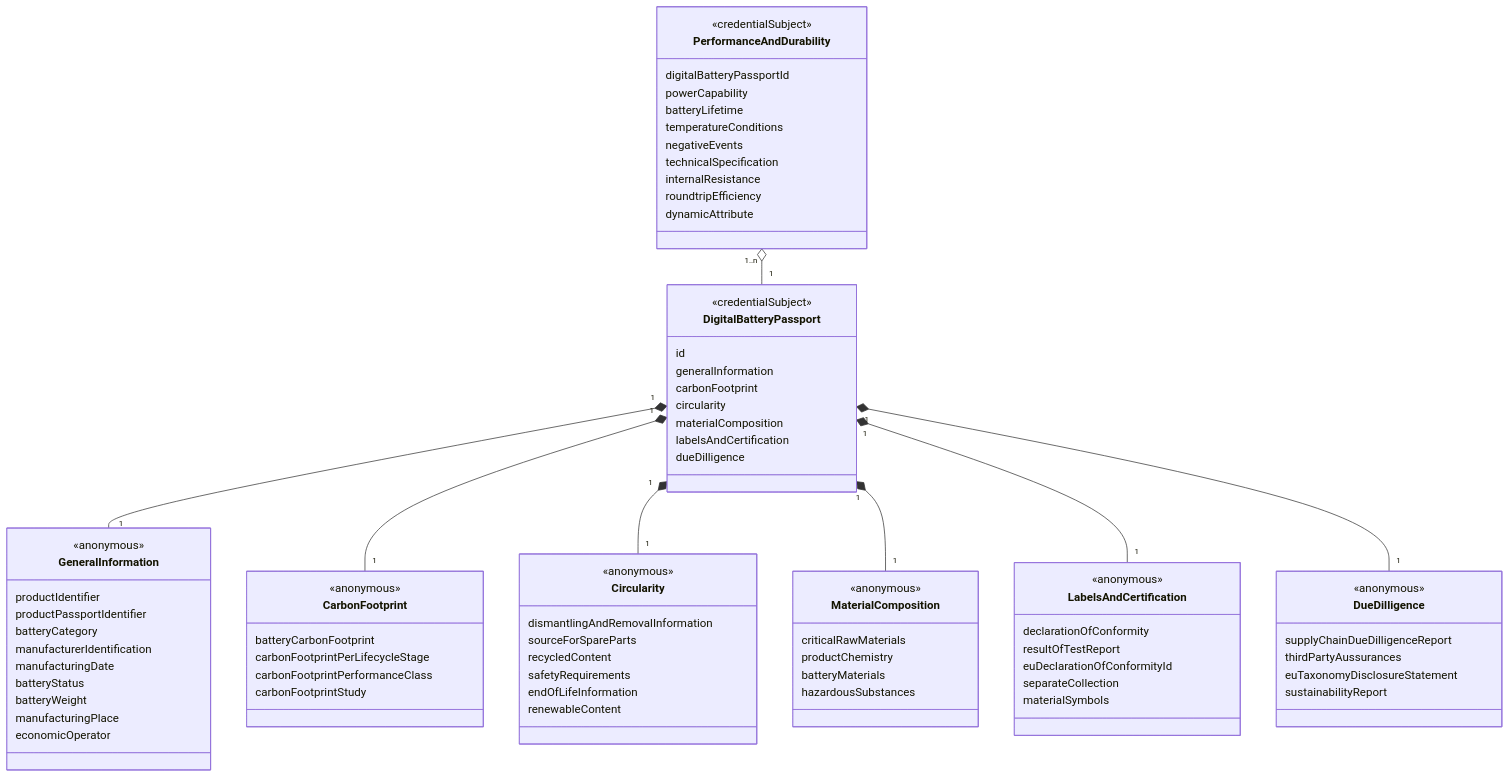
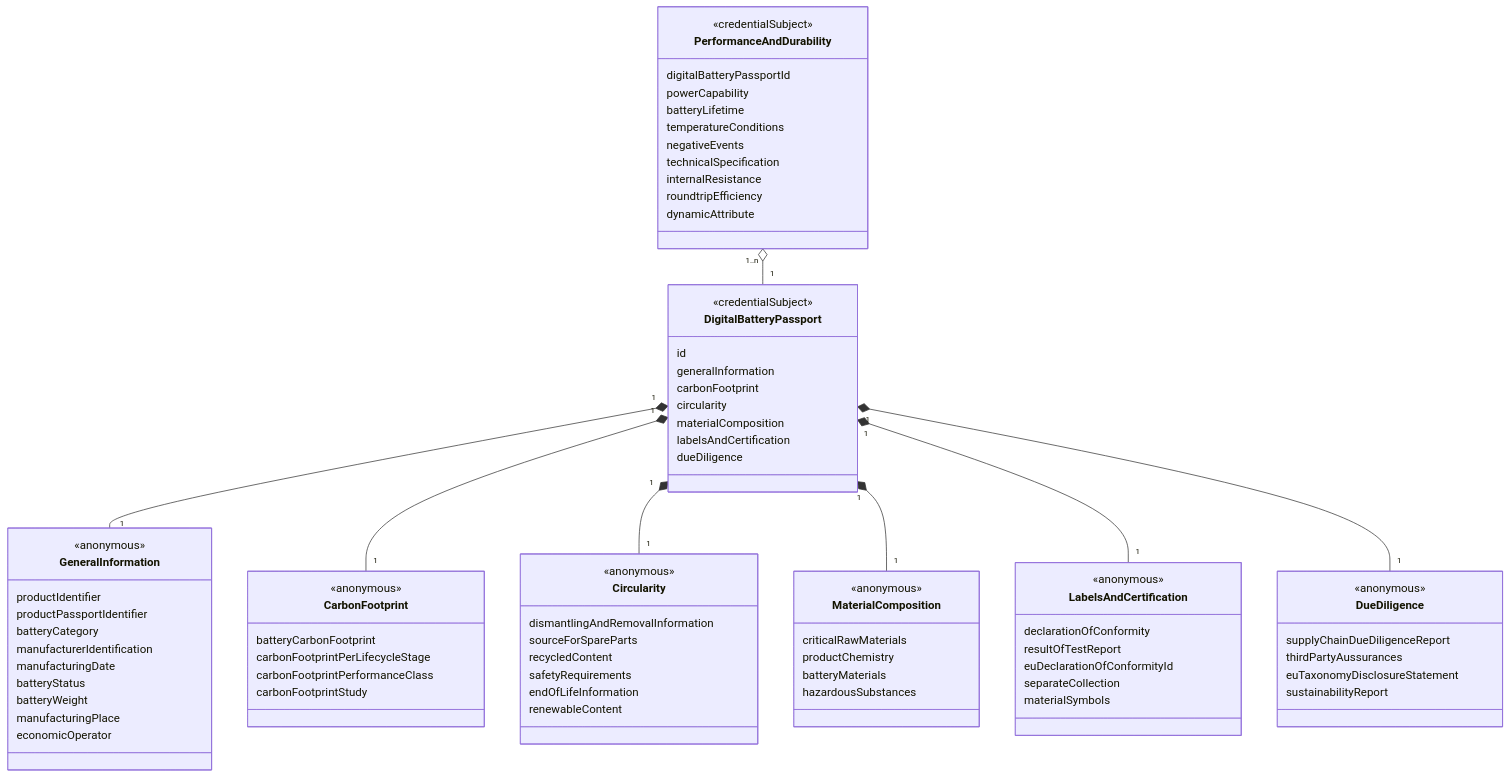
One commit to spherity/dpp-vocabulary changed the first of 8 diagrams in docs/contexts/dbp/vocabulary.md. Above: the diagram before and after it, drawn with Mermaid. The commit also changed other lines of this file and 2 other files, not shown here.

````diff
--- a/docs/contexts/dbp/vocabulary.md
+++ b/docs/contexts/dbp/vocabulary.md
@@ -243,7 +243,7 @@
         circularity
         materialComposition
         labelsAndCertification
-        dueDilligence
+        dueDiligence
     }
     class GeneralInformation{
         <<anonymous>>
@@ -300,9 +300,9 @@
         separateCollection
         materialSymbols
     }
-    class DueDilligence{
+    class DueDiligence{
         <<anonymous>>
-        supplyChainDueDilligenceReport
+        supplyChainDueDiligenceReport
         thirdPartyAussurances
         euTaxonomyDisclosureStatement
         sustainabilityReport
@@ -314,5 +314,5 @@
     DigitalBatteryPassport "1" *-- "1" MaterialComposition
     PerformanceAndDurability "1..n" o-- "1" DigitalBatteryPassport
     DigitalBatteryPassport "1" *-- "1" LabelsAndCertification
-    DigitalBatteryPassport "1" *-- "1" DueDilligence
+    DigitalBatteryPassport "1" *-- "1" DueDiligence
 ```
````
